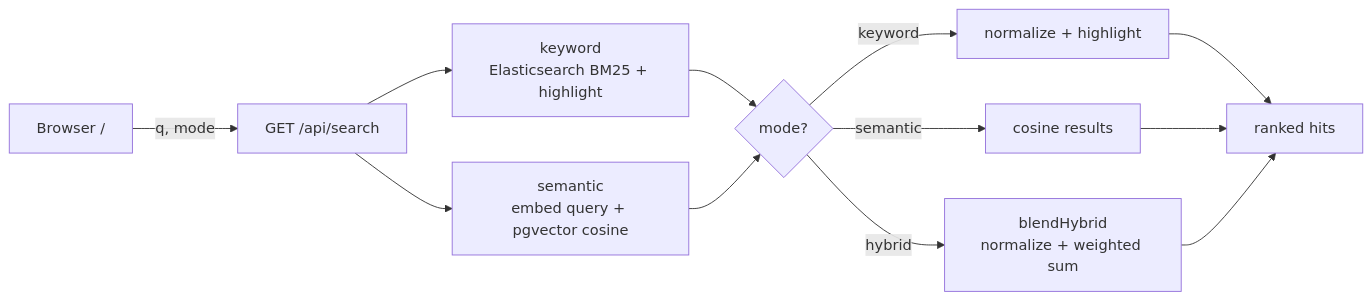
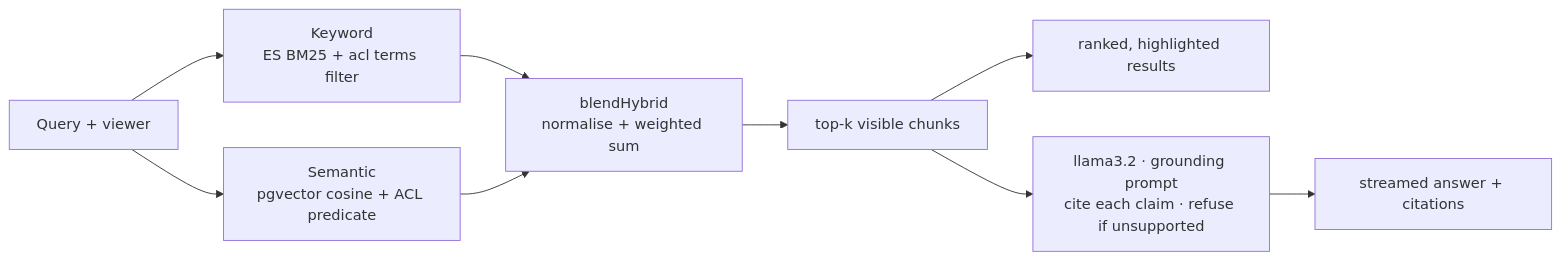
The third of 5 diagrams in README.md (JCHETAN26/IndexFlow), drawn with Mermaid before and after one commit. The commit also changed other lines of this file and 3 other files, not shown here.

First line of the commit message:
docs: professional README overhaul — diagrams + demo screenshots (#14)

````diff
--- a/README.md
+++ b/README.md
@@ -119,14 +194,11 @@
 ```mermaid
 flowchart LR
-    Q[Browser /] -->|q, mode| R[GET /api/search]
-    R --> K[keyword<br/>Elasticsearch BM25 + highlight]
-    R --> S[semantic<br/>embed query + pgvector cosine]
-    K --> H{mode?}
-    S --> H
-    H -->|keyword| KO[normalize + highlight]
-    H -->|semantic| SO[cosine results]
-    H -->|hybrid| BL[blendHybrid<br/>normalize + weighted sum]
-    KO --> OUT[ranked hits]
-    SO --> OUT
-    BL --> OUT
+    Q["Query + viewer"] --> KW["Keyword<br/>ES BM25 + acl terms filter"]
+    Q --> SM["Semantic<br/>pgvector cosine + ACL predicate"]
+    KW --> BL["blendHybrid<br/>normalise + weighted sum"]
+    SM --> BL
+    BL --> TOP["top-k visible chunks"]
+    TOP --> RES["ranked, highlighted results"]
+    TOP --> GEN["llama3.2 · grounding prompt<br/>cite each claim · refuse if unsupported"]
+    GEN --> ANS["streamed answer + citations"]
 ```
````
